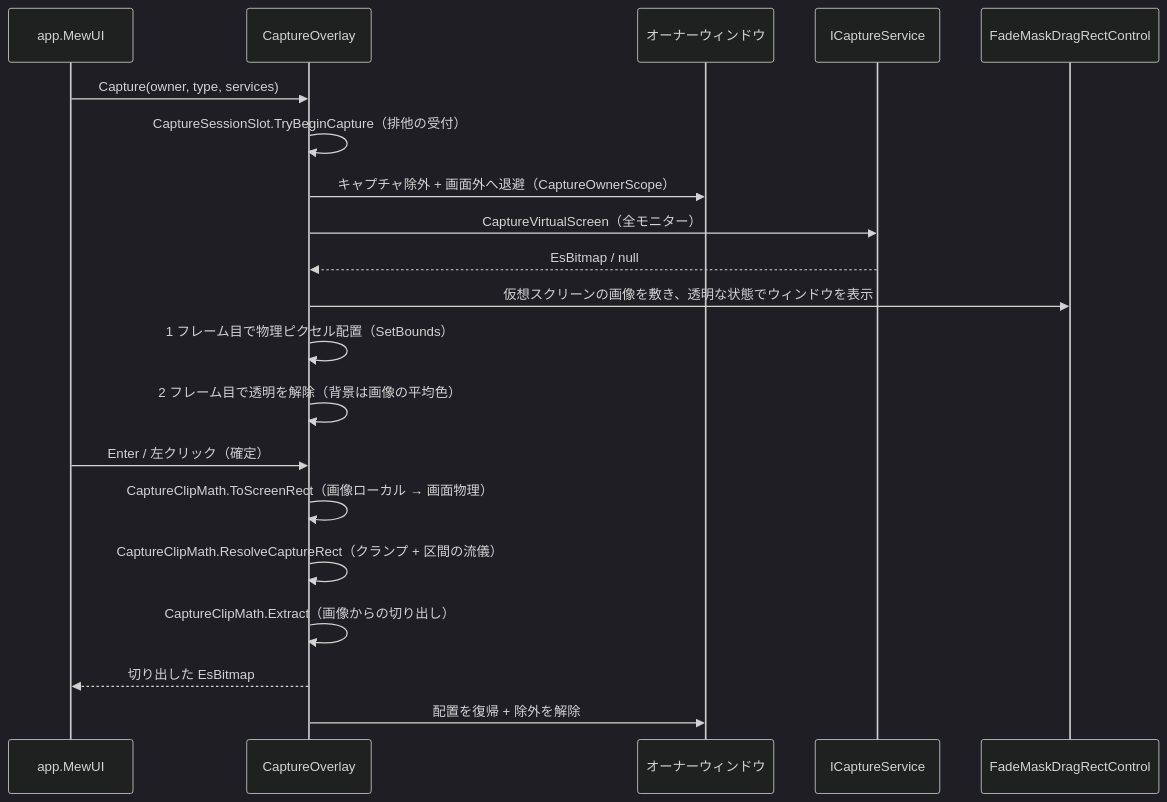
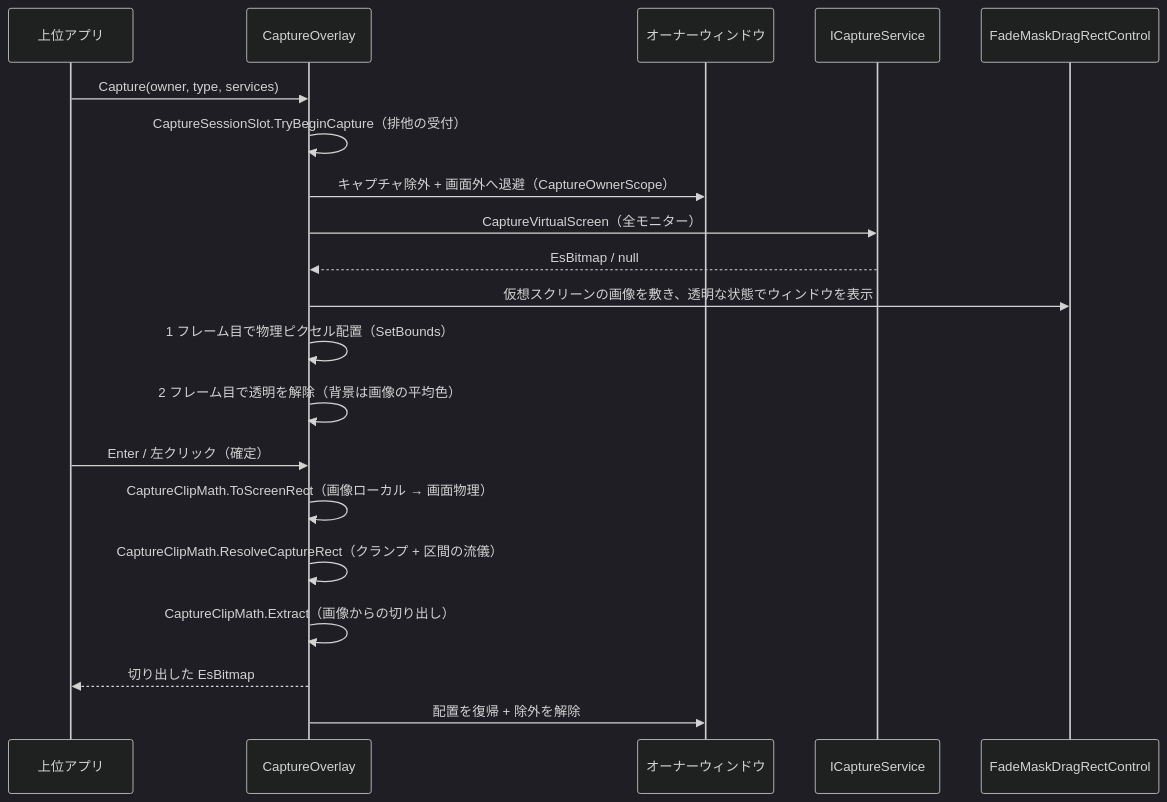
The second of 2 diagrams in src/CaptureSessionControl.MewUI/SPEC_System.md (tomokuni/SaveEvidence), drawn with Mermaid (dark theme) before and after one commit. The commit also changed other lines of this file and 20 other files, not shown here.

````diff
--- a/src/CaptureSessionControl.MewUI/SPEC_System.md
+++ b/src/CaptureSessionControl.MewUI/SPEC_System.md
@@ -122,23 +153,23 @@
 ```mermaid
 sequenceDiagram
-    participant App as app.MewUI
+    participant App as 上位アプリ
     participant OW as CaptureOverlay
     participant OS as オーナーウィンドウ
     participant CS as ICaptureService
     participant UI as FadeMaskDragRectControl
 
     App->>OW: Capture(owner, type, services)
     OW->>OW: CaptureSessionSlot.TryBeginCapture（排他の受付）
     OW->>OS: キャプチャ除外 + 画面外へ退避（CaptureOwnerScope）
     OW->>CS: CaptureVirtualScreen（全モニター）
     CS-->>OW: EsBitmap / null
     OW->>UI: 仮想スクリーンの画像を敷き、透明な状態でウィンドウを表示
     OW->>OW: 1 フレーム目で物理ピクセル配置（SetBounds）
     OW->>OW: 2 フレーム目で透明を解除（背景は画像の平均色）
     App->>OW: Enter / 左クリック（確定）
     OW->>OW: CaptureClipMath.ToScreenRect（画像ローカル → 画面物理）
     OW->>OW: CaptureClipMath.ResolveCaptureRect（クランプ + 区間の流儀）
     OW->>OW: CaptureClipMath.Extract（画像からの切り出し）
     OW-->>App: 切り出した EsBitmap
     OW->>OS: 配置を復帰 + 除外を解除
 ```
````
